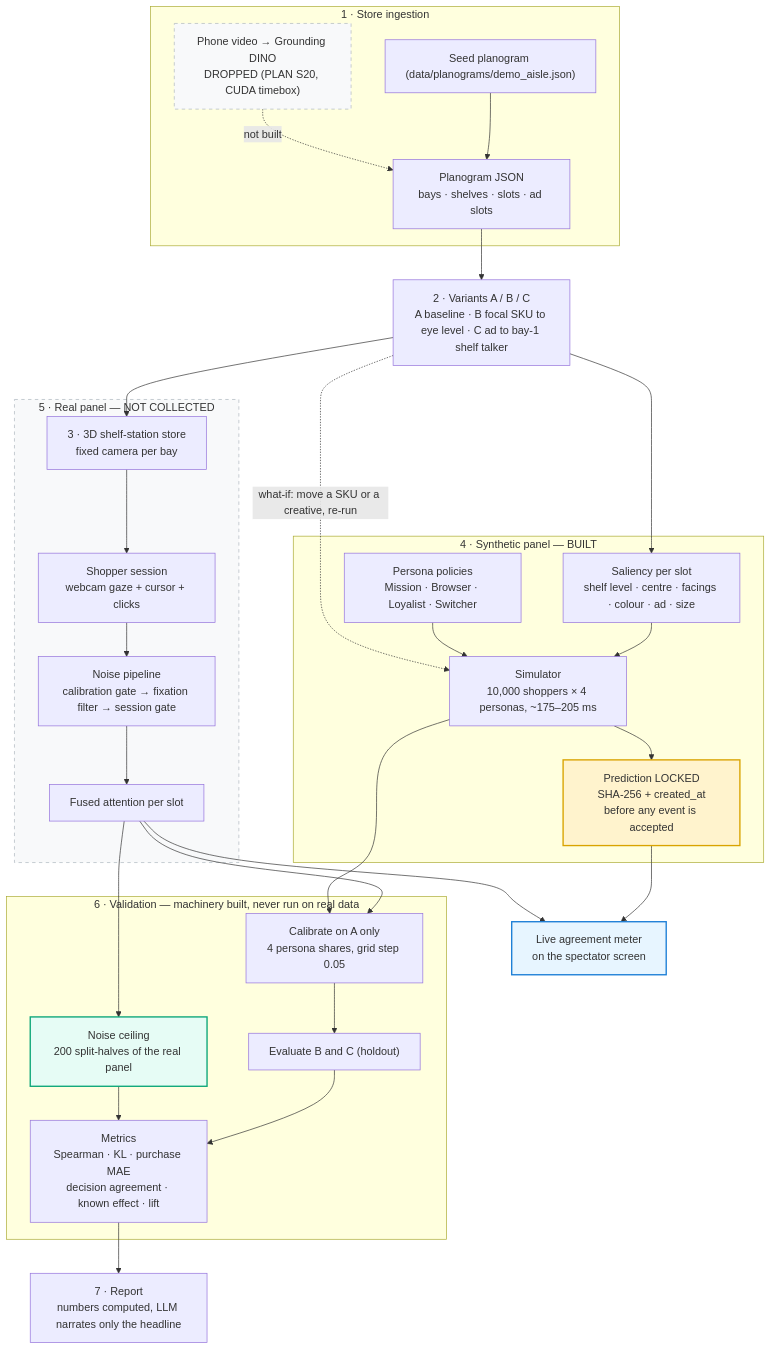
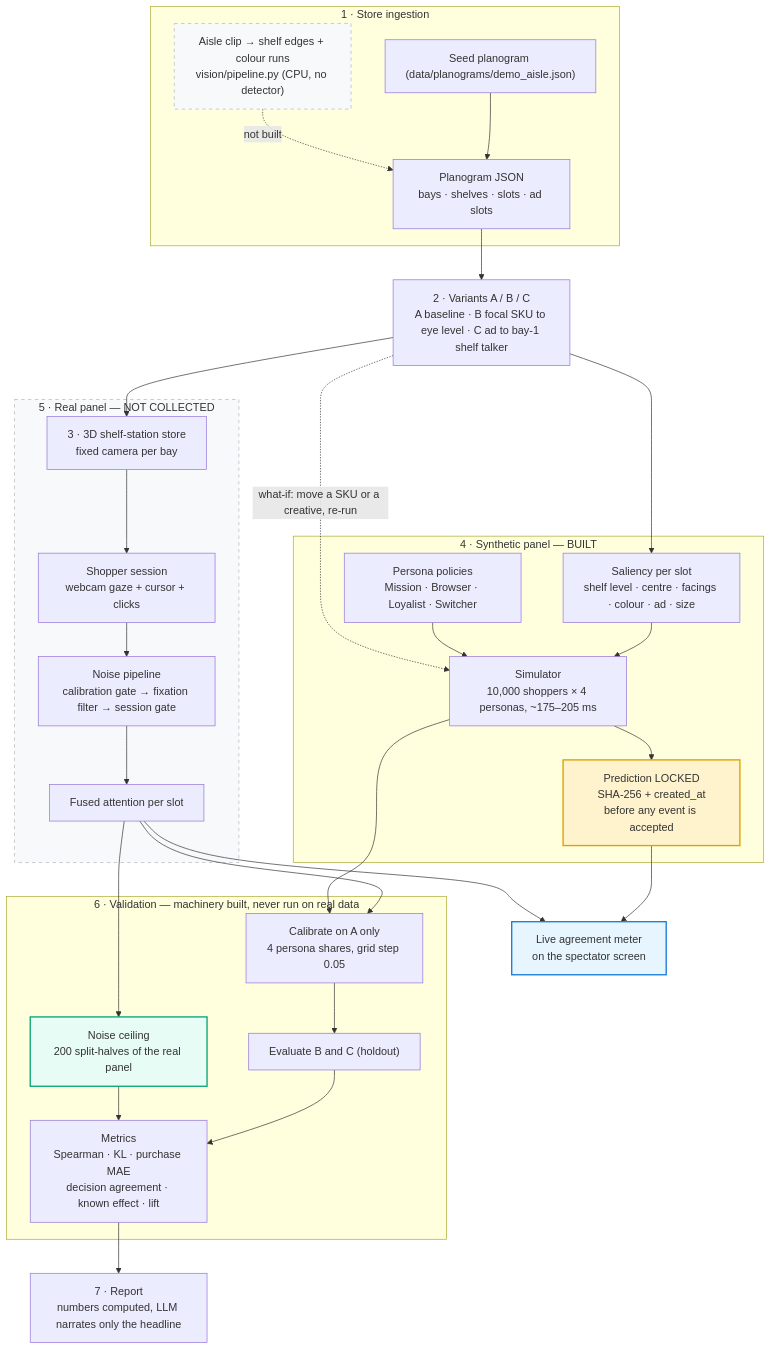
One commit to vinothcoderofficial-ai/ai-persona-panel changed the diagram in README.md. Above: the diagram before and after it, drawn with Mermaid. The commit also changed other lines of this file, not shown here.

````diff
--- a/README.md
+++ b/README.md
@@ -55,48 +55,48 @@
 ```mermaid
 flowchart TD
     subgraph IN["1 · Store ingestion"]
         MAN["Seed planogram (data/planograms/demo_aisle.json)"]
-        DET["Phone video → Grounding DINO<br/>DROPPED (PLAN S20, CUDA timebox)"]
+        DET["Aisle clip → shelf edges + colour runs<br/>vision/pipeline.py (CPU, no detector)"]
         MAN --> PG["Planogram JSON<br/>bays · shelves · slots · ad slots"]
         DET -. not built .-> PG
     end
 
     PG --> VAR["2 · Variants A / B / C<br/>A baseline · B focal SKU to eye level · C ad to bay-1 shelf talker"]
 
     VAR --> STORE["3 · 3D shelf-station store<br/>fixed camera per bay"]
     VAR --> SAL["Saliency per slot<br/>shelf level · centre · facings · colour · ad · size"]
 
     subgraph SYN["4 · Synthetic panel — BUILT"]
         POL["Persona policies<br/>Mission · Browser · Loyalist · Switcher"]
         SAL --> SIM["Simulator<br/>10,000 shoppers × 4 personas, ~175–205 ms"]
         POL --> SIM
         SIM --> LOCK["Prediction LOCKED<br/>SHA-256 + created_at<br/>before any event is accepted"]
     end
 
     subgraph REAL["5 · Real panel — NOT COLLECTED"]
         STORE --> SESS["Shopper session<br/>webcam gaze + cursor + clicks"]
         SESS --> NOISE["Noise pipeline<br/>calibration gate → fixation filter → session gate"]
         NOISE --> FUSE["Fused attention per slot"]
     end
 
     LOCK --> LIVE["Live agreement meter<br/>on the spectator screen"]
     FUSE --> LIVE
 
     subgraph VAL["6 · Validation — machinery built, never run on real data"]
         FUSE --> CAL["Calibrate on A only<br/>4 persona shares, grid step 0.05"]
         SIM --> CAL
         CAL --> HOLD["Evaluate B and C (holdout)"]
         FUSE --> NC["Noise ceiling<br/>200 split-halves of the real panel"]
         HOLD --> MET["Metrics<br/>Spearman · KL · purchase MAE<br/>decision agreement · known effect · lift"]
         NC --> MET
     end
 
     MET --> REP["7 · Report<br/>numbers computed, LLM narrates only the headline"]
     VAR -. "what-if: move a SKU or a creative, re-run" .-> SIM
 
     style LOCK fill:#fff3cd,stroke:#d9a300,stroke-width:2px
     style LIVE fill:#e7f5ff,stroke:#1c7ed6,stroke-width:2px
     style NC fill:#e6fcf5,stroke:#0ca678,stroke-width:2px
     style REAL fill:#f8f9fa,stroke:#adb5bd,stroke-dasharray: 5 5
     style DET fill:#f8f9fa,stroke:#adb5bd,stroke-dasharray: 5 5
 ```
````
